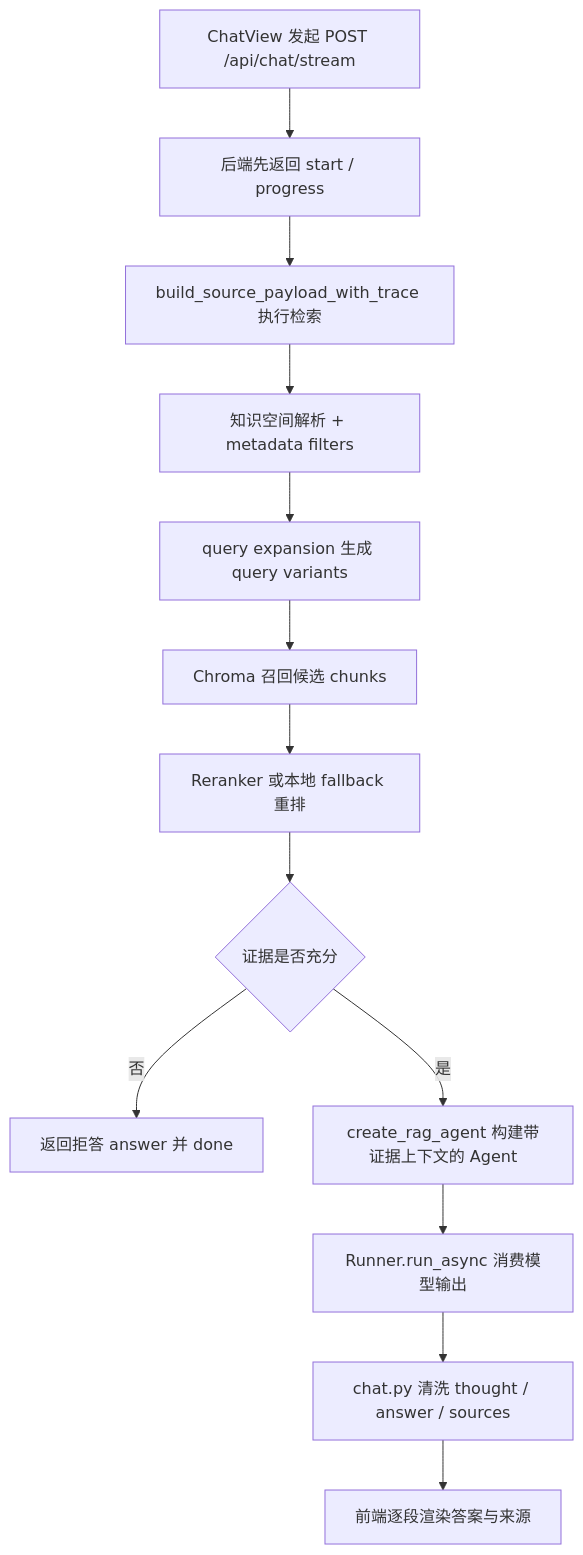
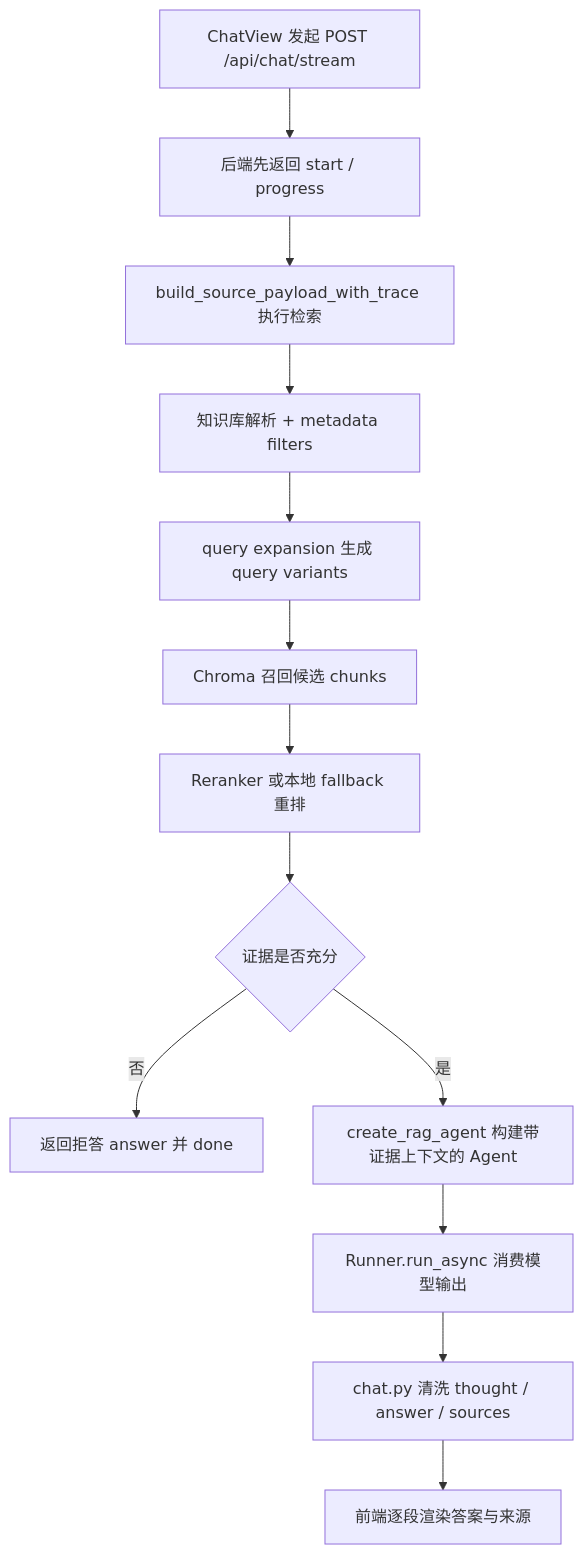
The fifth of 7 diagrams in docs/项目执行流程分析.md (emotion-exit/rag-agent), drawn with Mermaid before and after one commit. The commit also changed other lines of this file and 22 other files, not shown here.

````diff
--- a/docs/项目执行流程分析.md
+++ b/docs/项目执行流程分析.md
@@ -384,15 +370,15 @@
 ```mermaid
 flowchart TD
   A["ChatView 发起 POST /api/chat/stream"] --> B["后端先返回 start / progress"]
   B --> C["build_source_payload_with_trace 执行检索"]
-  C --> D["知识空间解析 + metadata filters"]
+  C --> D["知识库解析 + metadata filters"]
   D --> E["query expansion 生成 query variants"]
   E --> F["Chroma 召回候选 chunks"]
   F --> G["Reranker 或本地 fallback 重排"]
   G --> H{"证据是否充分"}
   H -->|否| I["返回拒答 answer 并 done"]
   H -->|是| J["create_rag_agent 构建带证据上下文的 Agent"]
   J --> K["Runner.run_async 消费模型输出"]
   K --> L["chat.py 清洗 thought / answer / sources"]
   L --> M["前端逐段渲染答案与来源"]
 ```
````
